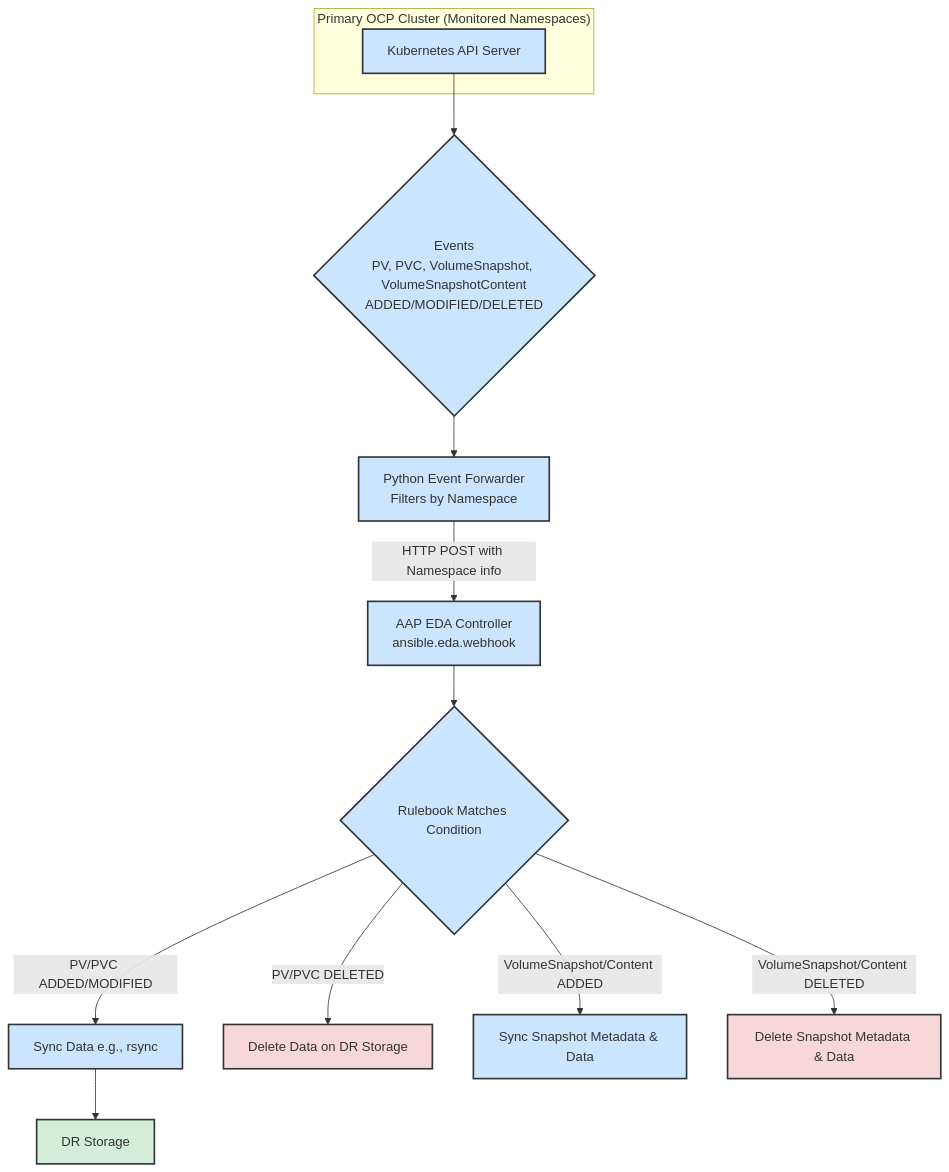
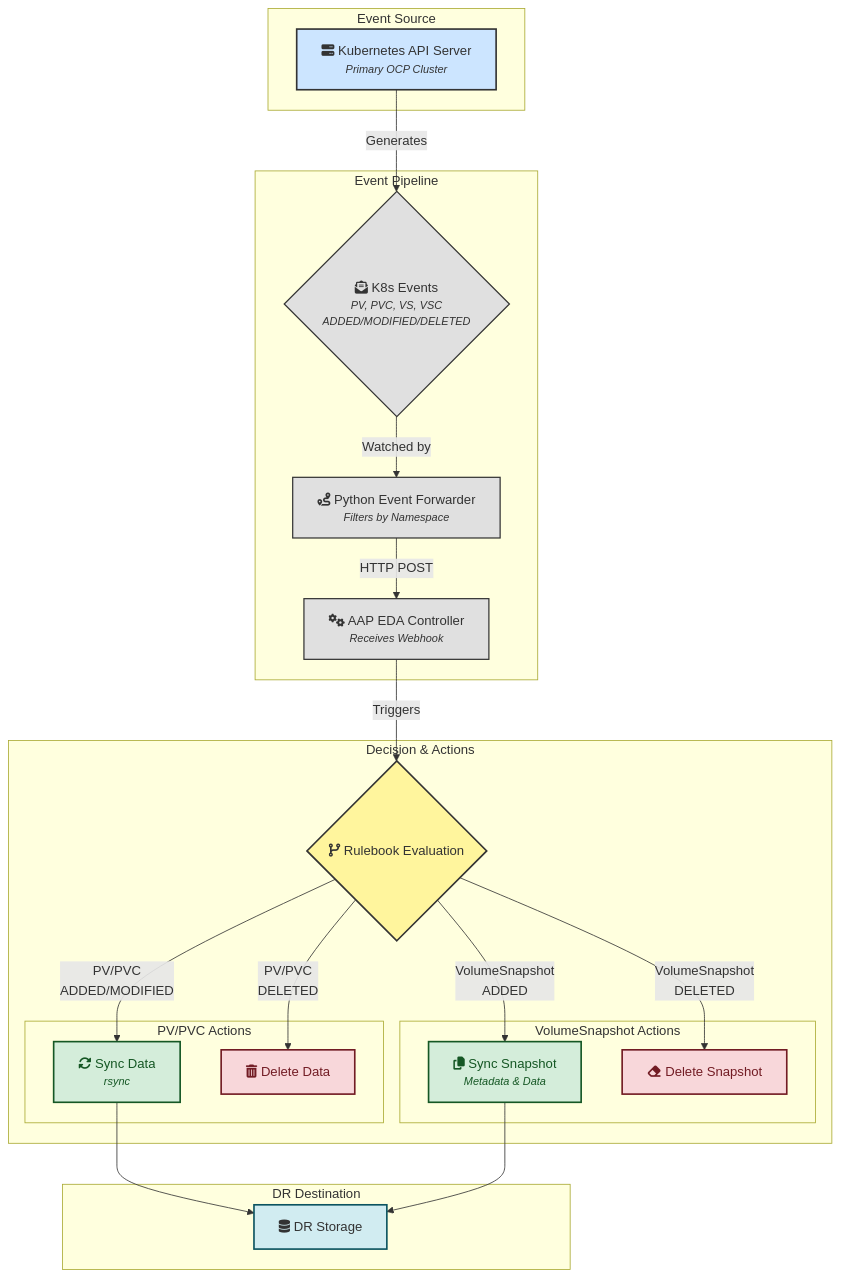
Before and after one commit to wangzheng422/ansible-dr-demo: the first of 3 diagrams in planning/ansible-dr-design.md, drawn with Mermaid. The commit also changed other lines of this file, not shown here.

````diff
--- a/planning/ansible-dr-design.md
+++ b/planning/ansible-dr-design.md
@@ -24,27 +24,54 @@
 ```mermaid
 graph TD
-    subgraph "Primary OCP Cluster (Monitored Namespaces)"
-        A[Kubernetes API Server]
+    subgraph "Event Source"
+        A["fa:fa-server Kubernetes API Server<br><div style='font-size:smaller; font-style:italic'>Primary OCP Cluster</div>"]
     end
 
-    A --> B{Events<br>PV, PVC, VolumeSnapshot, VolumeSnapshotContent<br>ADDED/MODIFIED/DELETED};
-    B --> C[Python Event Forwarder<br>Filters by Namespace];
-    C -- HTTP POST with Namespace info --> D[AAP EDA Controller<br>ansible.eda.webhook];
-    D --> E{Rulebook Matches Condition};
-    E -- PV/PVC ADDED/MODIFIED --> F[Sync Data e.g., rsync];
-    F --> G[DR Storage];
-    E -- PV/PVC DELETED --> H[Delete Data on DR Storage];
-    E -- VolumeSnapshot/Content ADDED --> S1[Sync Snapshot Metadata & Data];
-    E -- VolumeSnapshot/Content DELETED --> S2[Delete Snapshot Metadata & Data];
+    subgraph "Event Pipeline"
+        B{"fa:fa-envelope-open-text K8s Events<br><div style='font-size:smaller; font-style:italic'>PV, PVC, VS, VSC<br>ADDED/MODIFIED/DELETED</div>"}
+        C["fa:fa-route Python Event Forwarder<br><div style='font-size:smaller; font-style:italic'>Filters by Namespace</div>"]
+        D["fa:fa-cogs AAP EDA Controller<br><div style='font-size:smaller; font-style:italic'>Receives Webhook</div>"]
+    end
 
-    style A fill:#cce5ff,stroke:#333,stroke-width:2px
-    style B fill:#cce5ff,stroke:#333,stroke-width:2px
-    style C fill:#cce5ff,stroke:#333,stroke-width:2px
-    style D fill:#cce5ff,stroke:#333,stroke-width:2px
-    style E fill:#cce5ff,stroke:#333,stroke-width:2px
-    style F fill:#cce5ff,stroke:#333,stroke-width:2px
-    style G fill:#d4edda,stroke:#333,stroke-width:2px
-    style H fill:#f8d7da,stroke:#333,stroke-width:2px
-    style S1 fill:#cce5ff,stroke:#333,stroke-width:2px
-    style S2 fill:#f8d7da,stroke:#333,stroke-width:2px
+    subgraph "Decision & Actions"
+        E{"fa:fa-code-branch Rulebook Evaluation"}
+        
+        subgraph "PV/PVC Actions"
+            F["fa:fa-sync-alt Sync Data<br><div style='font-size:smaller; font-style:italic'>rsync</div>"]
+            H["fa:fa-trash-alt Delete Data"]
+        end
+        
+        subgraph "VolumeSnapshot Actions"
+            S1["fa:fa-copy Sync Snapshot<br><div style='font-size:smaller; font-style:italic'>Metadata & Data</div>"]
+            S2["fa:fa-eraser Delete Snapshot"]
+        end
+    end
+
+    subgraph "DR Destination"
+        G["fa:fa-database DR Storage"]
+    end
+
+    A -- Generates --> B
+    B -- Watched by --> C
+    C -- "HTTP POST" --> D
+    D -- Triggers --> E
+
+    E -- "PV/PVC<br>ADDED/MODIFIED" --> F --> G
+    E -- "PV/PVC<br>DELETED" --> H
+    E -- "VolumeSnapshot<br>ADDED" --> S1 --> G
+    E -- "VolumeSnapshot<br>DELETED" --> S2
+
+    classDef source fill:#cce5ff,stroke:#333,stroke-width:2px;
+    classDef pipeline fill:#e0e0e0,stroke:#333,stroke-width:1.5px;
+    classDef decision fill:#fff59d,stroke:#333,stroke-width:2px;
+    classDef action_sync fill:#d4edda,stroke:#155724,stroke-width:2px,color:#155724;
+    classDef action_delete fill:#f8d7da,stroke:#721c24,stroke-width:2px,color:#721c24;
+    classDef storage fill:#d1ecf1,stroke:#0c5460,stroke-width:2px;
+
+    class A source;
+    class B,C,D pipeline;
+    class E decision;
+    class F,S1 action_sync;
+    class H,S2 action_delete;
+    class G storage;
 ```
````
